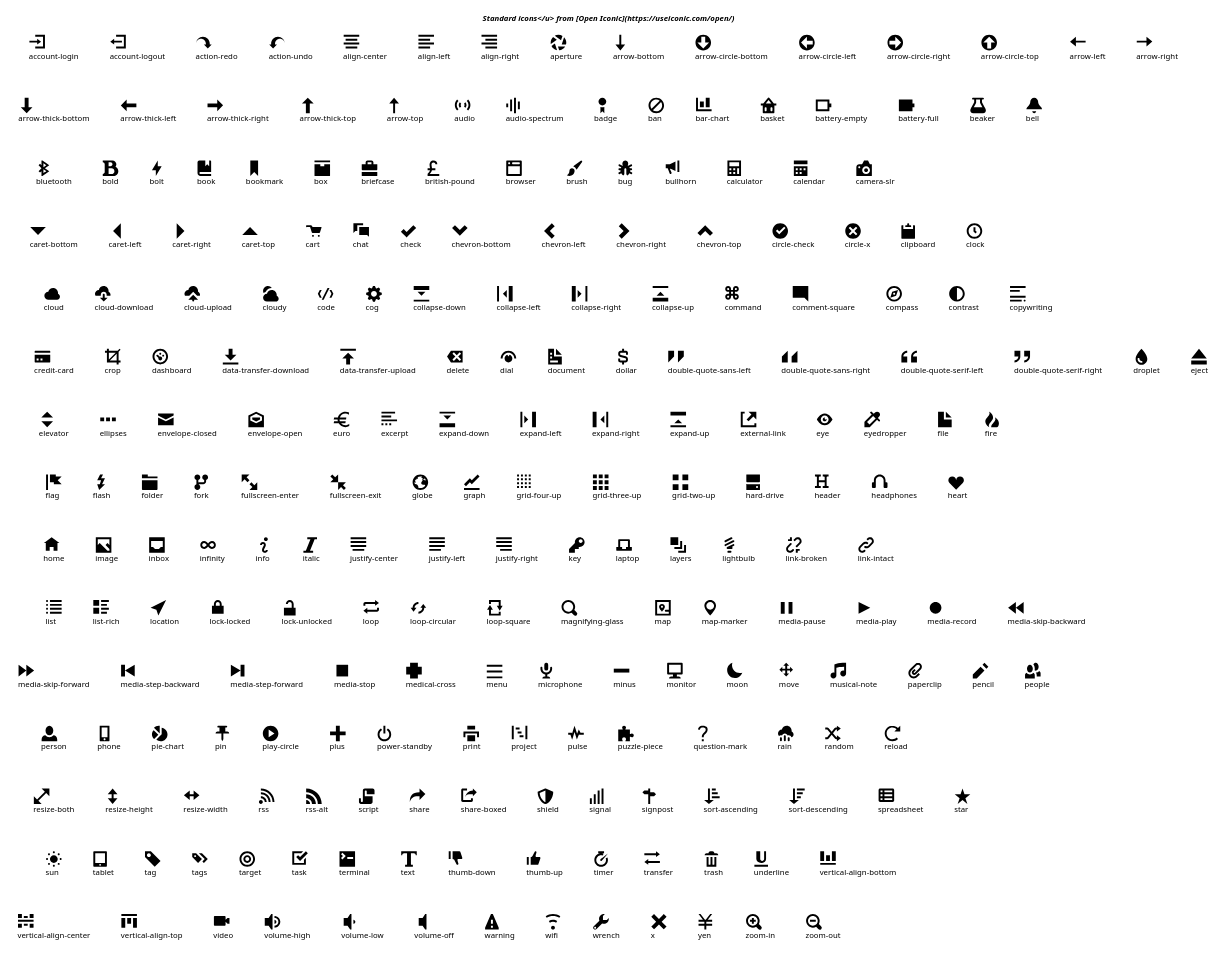
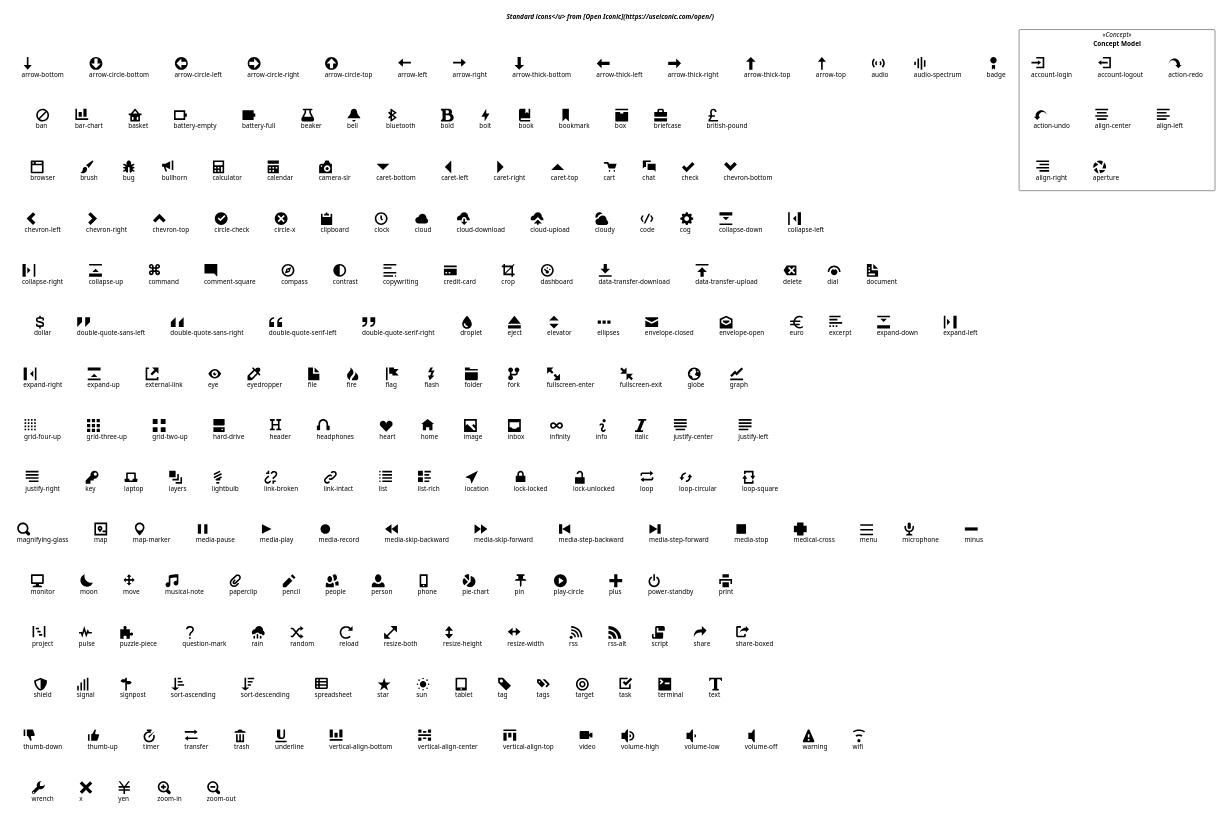
One commit to ClicketyClickDK/plantuml changed the diagram in docs/open-iconic-icons.puml. Above: the diagram before and after it, drawn with PlantUML.

```diff
--- a/docs/open-iconic-icons.puml
+++ b/docs/open-iconic-icons.puml
@@ -10,6 +10,7 @@
 skinparam cardBackgroundColor none
 skinparam cardShadowing false
 
+rectangle "Concept Model" <<Concept>> {
 card "<size:42><&account-login></size>\naccount-login"
 card "<size:42><&account-logout></size>\naccount-logout"
 card "<size:42><&action-redo></size>\naction-redo"
@@ -19,6 +20,8 @@
 card "<size:42><&align-right></size>\nalign-right"
 
 card "<size:42><&aperture></size>\naperture"
+}
+
 card "<size:42><&arrow-bottom></size>\narrow-bottom"
 card "<size:42><&arrow-circle-bottom></size>\narrow-circle-bottom"
 card "<size:42><&arrow-circle-left></size>\narrow-circle-left"
```
